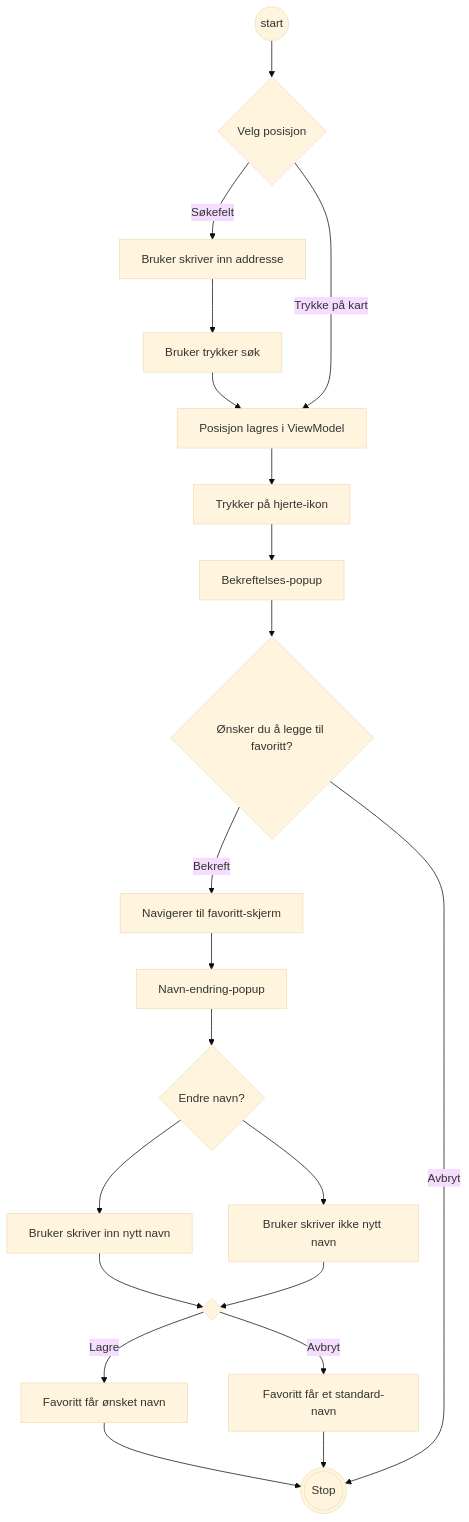
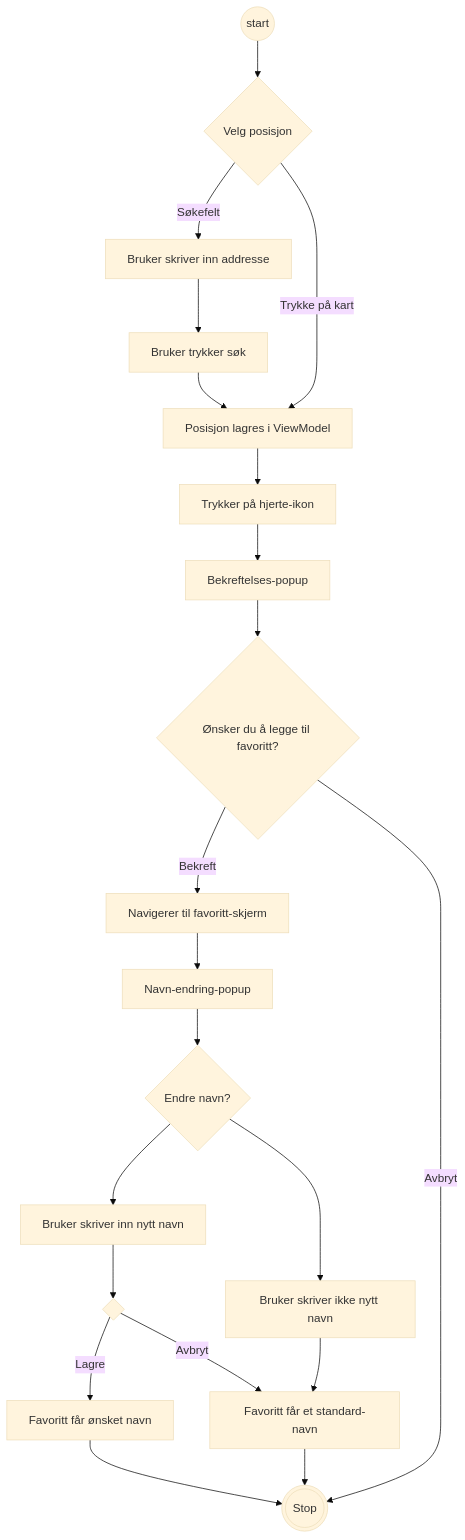
The third of 3 diagrams in External Programs/MODELING.md (Apoapsis404/in2000-project-team-12), drawn with Mermaid (base theme) before and after one commit. The commit also changed other lines of this file, not shown here.

Commit message:
beskrivelse for aktivitetsdiagram

````diff
--- a/External Programs/MODELING.md
+++ b/External Programs/MODELING.md
@@ -98,25 +98,25 @@
 ```mermaid
 flowchart TD
-	Start@{ shape: circle, label: "start" } -->
-	    A{"Velg posisjon"}
-	    A --> |Søkefelt|a[Bruker skriver inn addresse] 
-	    -->b[Bruker trykker søk]
-	    -->c[Posisjon lagres i ViewModel]
-	    -->d[Trykker på hjerte-ikon]
-	    -->e[Bekreftelses-popup]
-	    -->B{"Ønsker du å legge til favoritt?"}
-	    -->|Bekreft|f[Navigerer til favoritt-skjerm]
-	    -->g[Navn-endring-popup]
-	    -->C{"Endre navn?"}
-	    -->h[Bruker skriver inn nytt navn]
-	    -->D{" "}
-	    -->|Lagre|j[Favoritt får ønsket navn]
-	    -->Slutt
-	    A-->|Trykke på kart|c
-	    B-->|Avbryt|Slutt
-	    C-->i[Bruker skriver ikke nytt navn]
-	    i-->D
-	    D-->|Avbryt|k[Favoritt får et standard-navn]
-	    k-->
-	Slutt@{ shape: dbl-circ, label: "Stop" }
+    Start@{ shape: circle, label: "start" } -->
+A{"Velg posisjon"}
+A --> |Søkefelt|a[Bruker skriver inn addresse]
+-->b[Bruker trykker søk]
+-->c[Posisjon lagres i ViewModel]
+-->d[Trykker på hjerte-ikon]
+-->e[Bekreftelses-popup]
+-->B{"Ønsker du å legge til favoritt?"}
+-->|Bekreft|f[Navigerer til favoritt-skjerm]
+-->g[Navn-endring-popup]
+-->C{"Endre navn?"}
+-->h[Bruker skriver inn nytt navn]
+-->D{" "}
+-->|Lagre|j[Favoritt får ønsket navn]
+-->Slutt
+A-->|Trykke på kart|c
+B-->|Avbryt|Slutt
+C-->i[Bruker skriver ikke nytt navn]
+i-->k
+D-->|Avbryt|k[Favoritt får et standard-navn]
+k-->
+Slutt@{ shape: dbl-circ, label: "Stop" }
 ```
````
